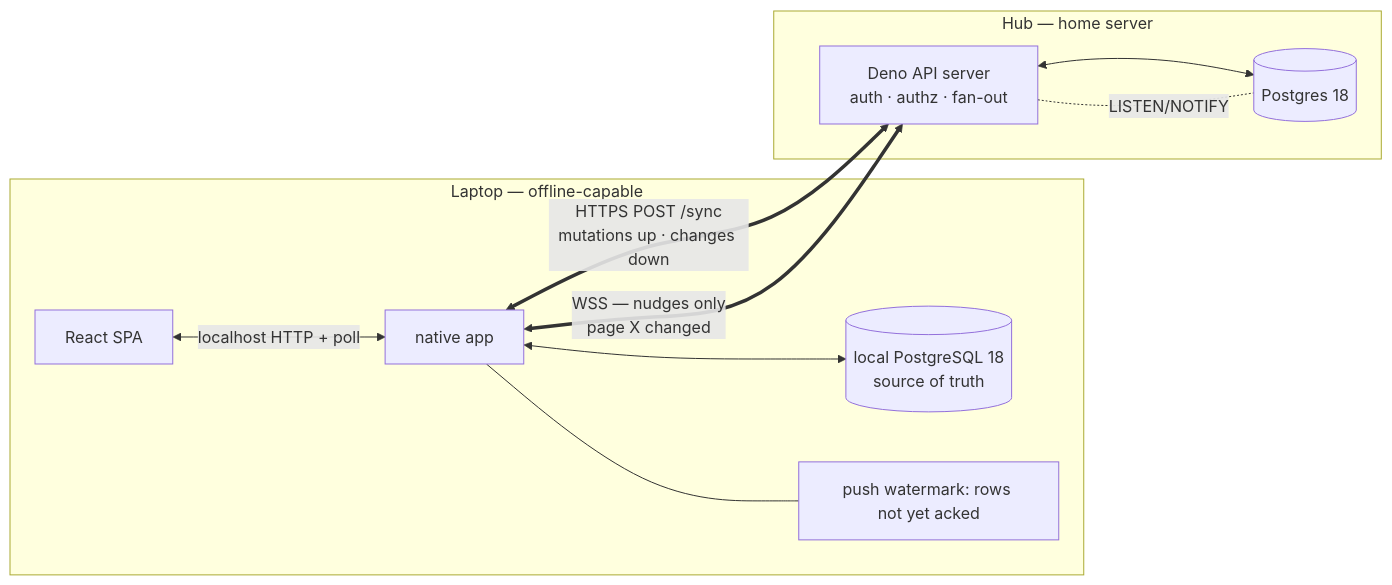
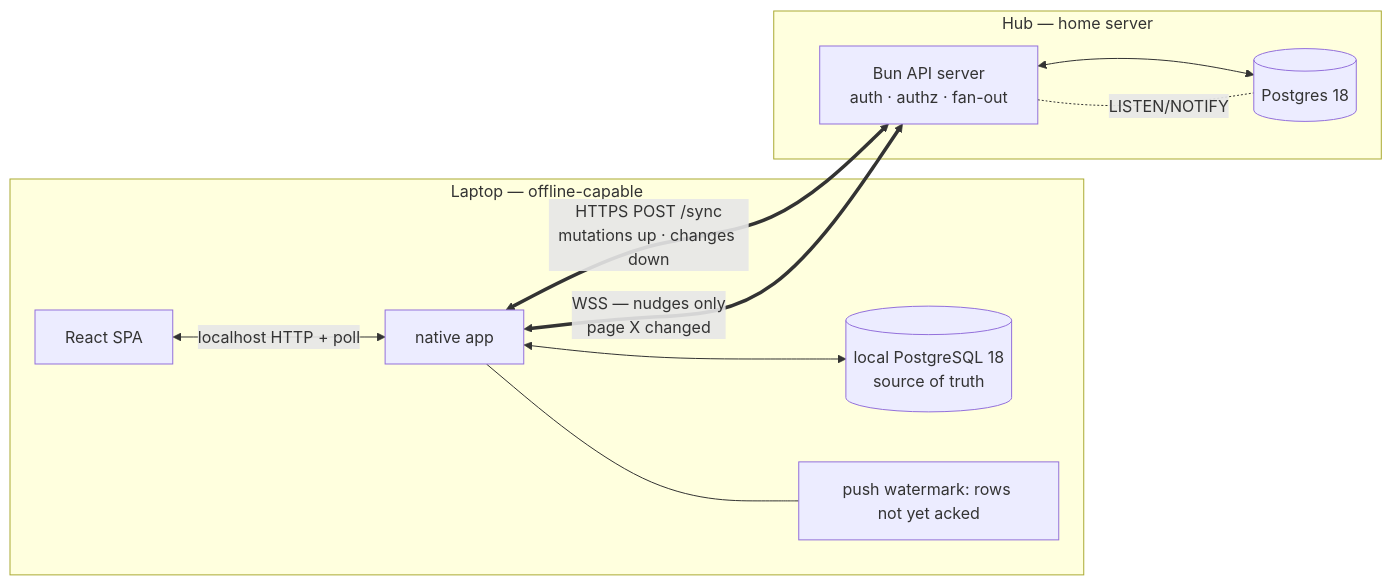
Before and after one commit to Andarius/trame: the diagram in docs-site/src/content/docs/hub-api.md, drawn with Mermaid. The commit also changed other lines of this file and 27 other files, not shown here.

First line of the commit message:
chore(hub): run the hub API on Bun

````diff
--- a/docs-site/src/content/docs/hub-api.md
+++ b/docs-site/src/content/docs/hub-api.md
@@ -79,14 +79,14 @@
 ```mermaid
 flowchart LR
     subgraph laptop [Laptop — offline-capable]
         ui[React SPA] <-->|localhost HTTP + poll| app[native app]
         app <--> pgl[(local PostgreSQL 18<br/>source of truth)]
         app --- outbox[push watermark: rows not yet acked]
     end
     subgraph hub [Hub — home server]
-        api[Deno API server<br/>auth · authz · fan-out] <--> pg[(Postgres 18)]
+        api[Bun API server<br/>auth · authz · fan-out] <--> pg[(Postgres 18)]
         api -. LISTEN/NOTIFY .- pg
     end
     app <==>|HTTPS POST /sync<br/>mutations up · changes down| api
     app <==>|WSS — nudges only<br/>page X changed| api
 ```
````
